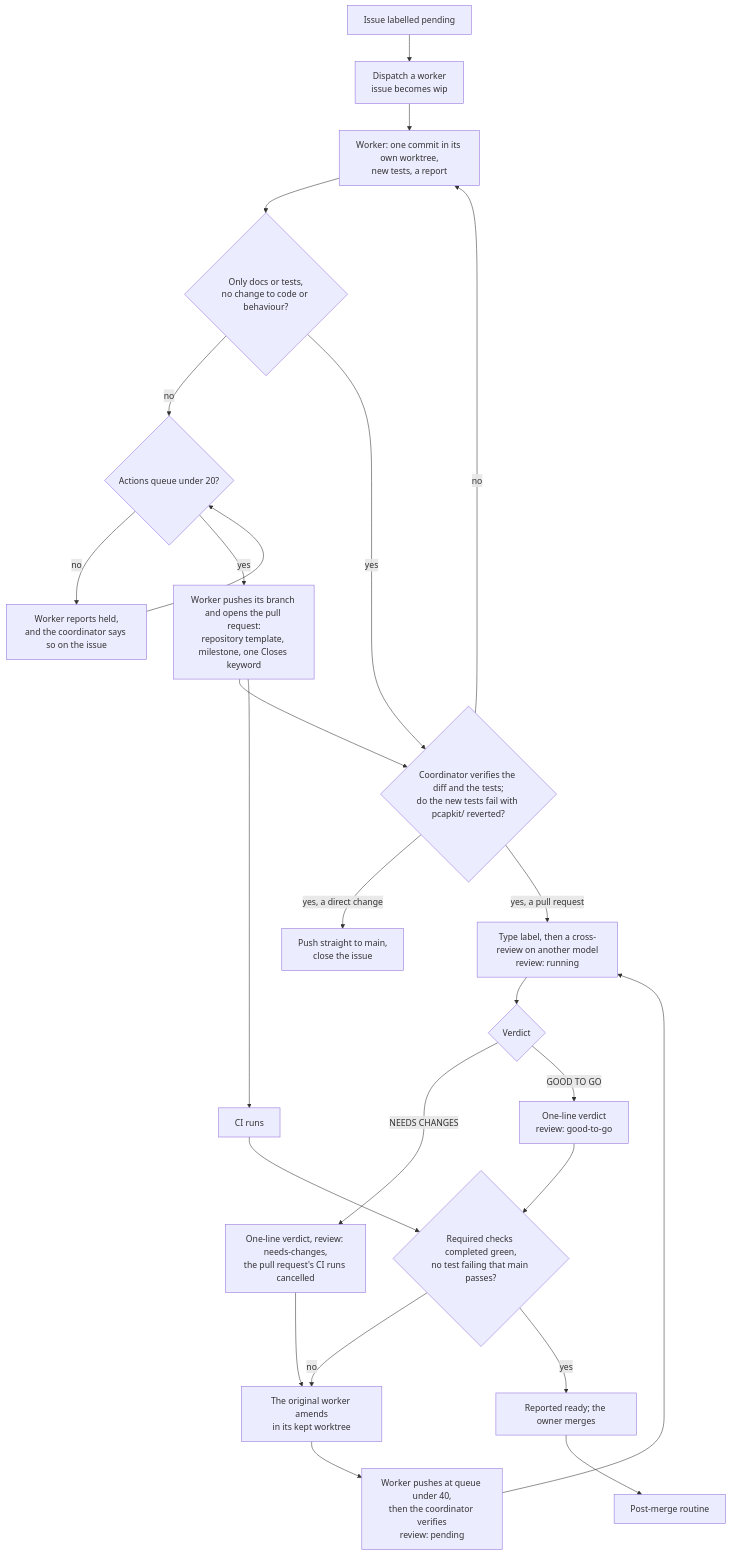
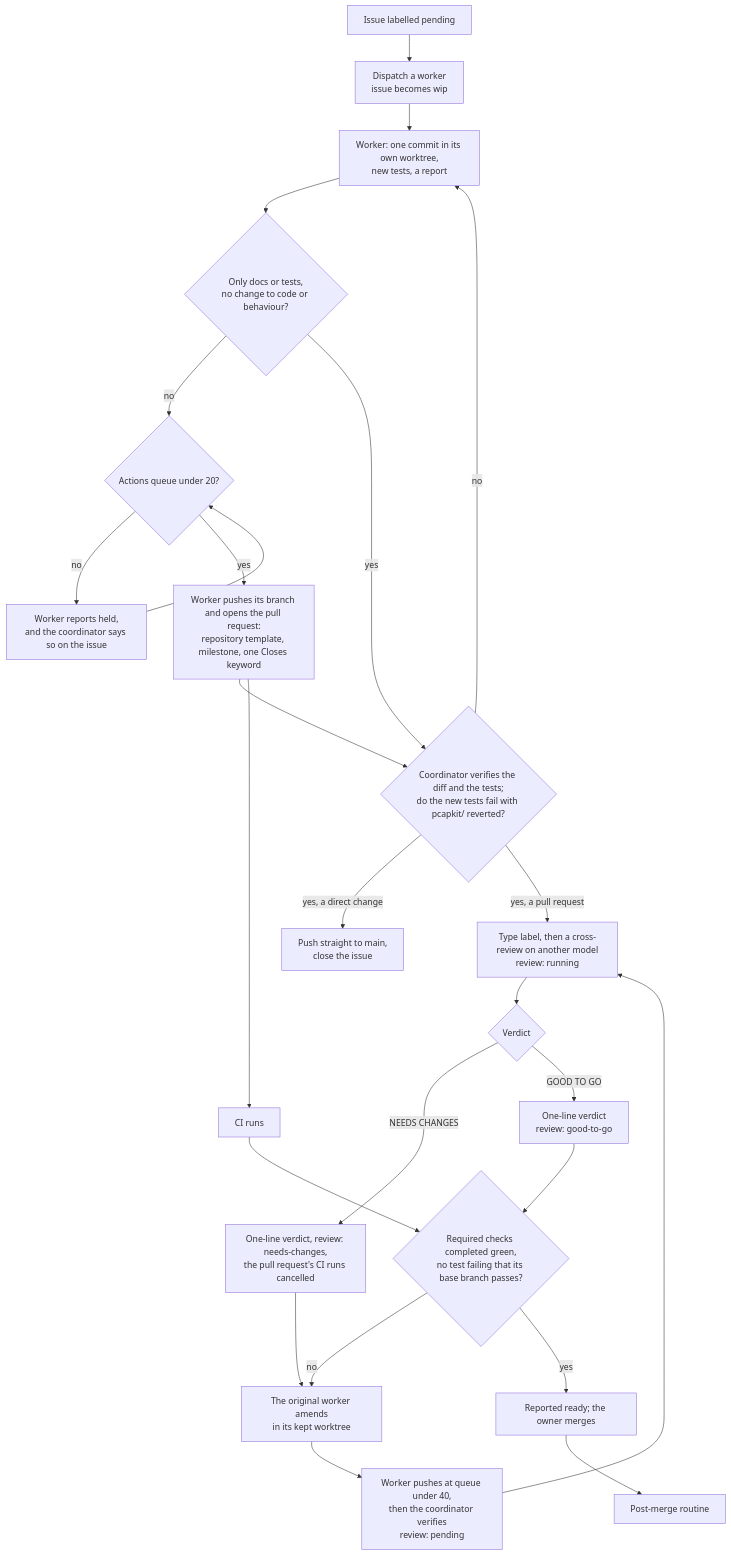
The fifth of 7 diagrams in docs/source/contributing/maintenance.rst (JarryShaw/PyPCAPKit), drawn with Mermaid before and after one commit. The commit also changed other lines of this file and 6 other files, not shown here.

```diff
--- a/docs/source/contributing/maintenance.rst
+++ b/docs/source/contributing/maintenance.rst
@@ -310,26 +311,26 @@
 .. mermaid::
 
    flowchart TD
        I["Issue labelled pending"] --> D["Dispatch a worker<br/>issue becomes wip"]
        D --> W["Worker: one commit in its own worktree,<br/>new tests, a report"]
        W --> K{"Only docs or tests,<br/>no change to code or behaviour?"}
        K -->|no| Q{"Actions queue under 20?"}
        Q -->|no| H["Worker reports held,<br/>and the coordinator says so on the issue"] --> Q
        Q -->|yes| P["Worker pushes its branch and opens the pull request:<br/>repository template, milestone, one Closes keyword"]
        P --> V{"Coordinator verifies the diff and the tests;<br/>do the new tests fail with pcapkit/ reverted?"}
        K -->|yes| V
        V -->|no| W
        V -->|"yes, a direct change"| MAIN["Push straight to main,<br/>close the issue"]
        V -->|"yes, a pull request"| R["Type label, then a cross-review on another model<br/>review: running"]
        P --> CI["CI runs"]
        R --> VD{"Verdict"}
        VD -->|NEEDS CHANGES| NC["One-line verdict, review: needs-changes,<br/>the pull request's CI runs cancelled"]
        NC --> FX["The original worker amends<br/>in its kept worktree"]
        FX --> PU["Worker pushes at queue under 40,<br/>then the coordinator verifies<br/>review: pending"]
        PU --> R
        VD -->|GOOD TO GO| GG["One-line verdict<br/>review: good-to-go"]
-       GG --> RDY{"Required checks completed green,<br/>no test failing that main passes?"}
+       GG --> RDY{"Required checks completed green,<br/>no test failing that its base branch passes?"}
        CI --> RDY
        RDY -->|no| FX
        RDY -->|yes| M["Reported ready; the owner merges"]
        M --> PM["Post-merge routine"]
```
